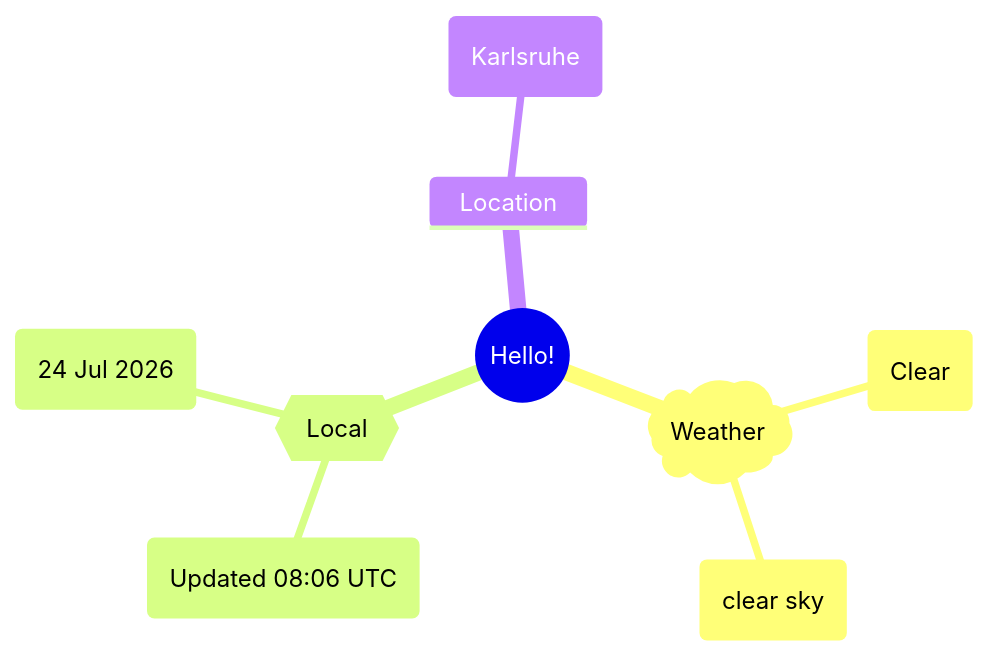
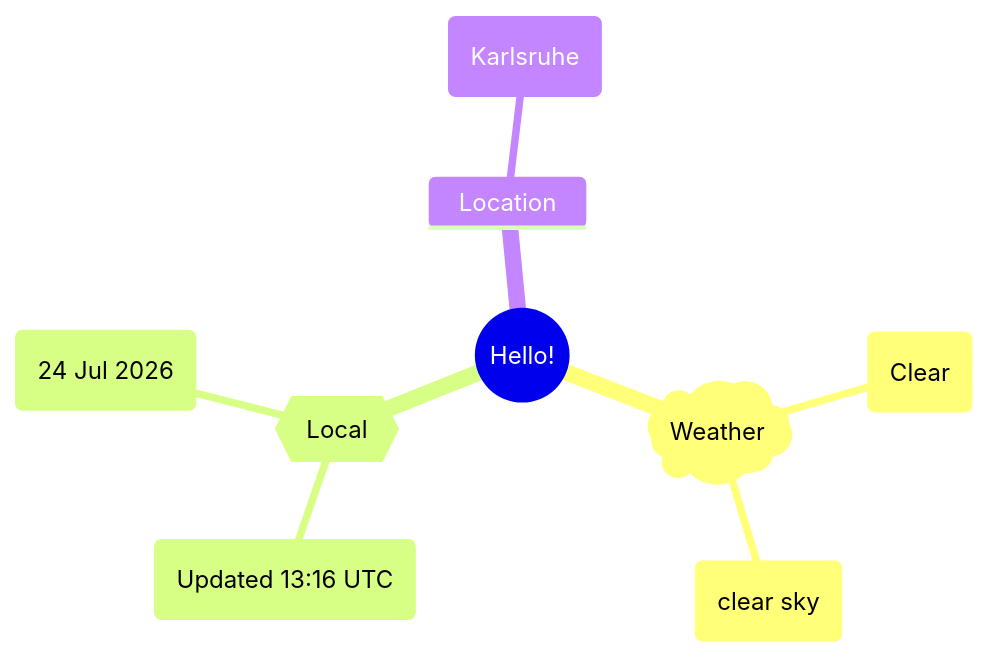
One commit to Xosrov/Xosrov changed the first of 2 diagrams in README.md. Above: the diagram before and after it, drawn with Mermaid.

Commit message:
[bot] updated images

````diff
--- a/README.md
+++ b/README.md
@@ -3,12 +3,12 @@
 ```mermaid
 mindmap
   root((Hello!))
     )Weather(
         (Clear)
         (clear sky)
     {{Local}}
-        (Updated 08:06 UTC)
+        (Updated 13:16 UTC)
         (24 Jul 2026)
     Location
         (Karlsruhe)
 ```
````
